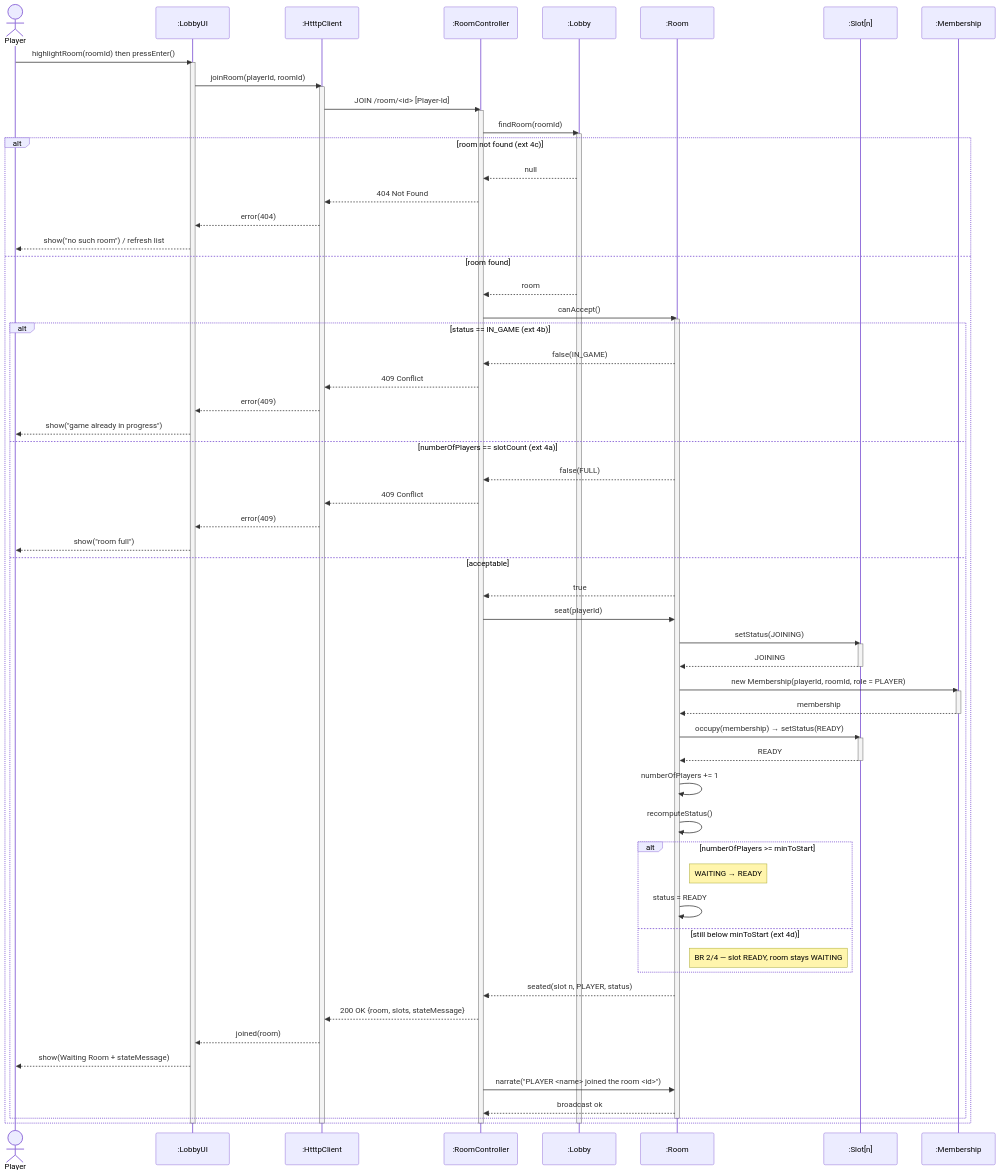
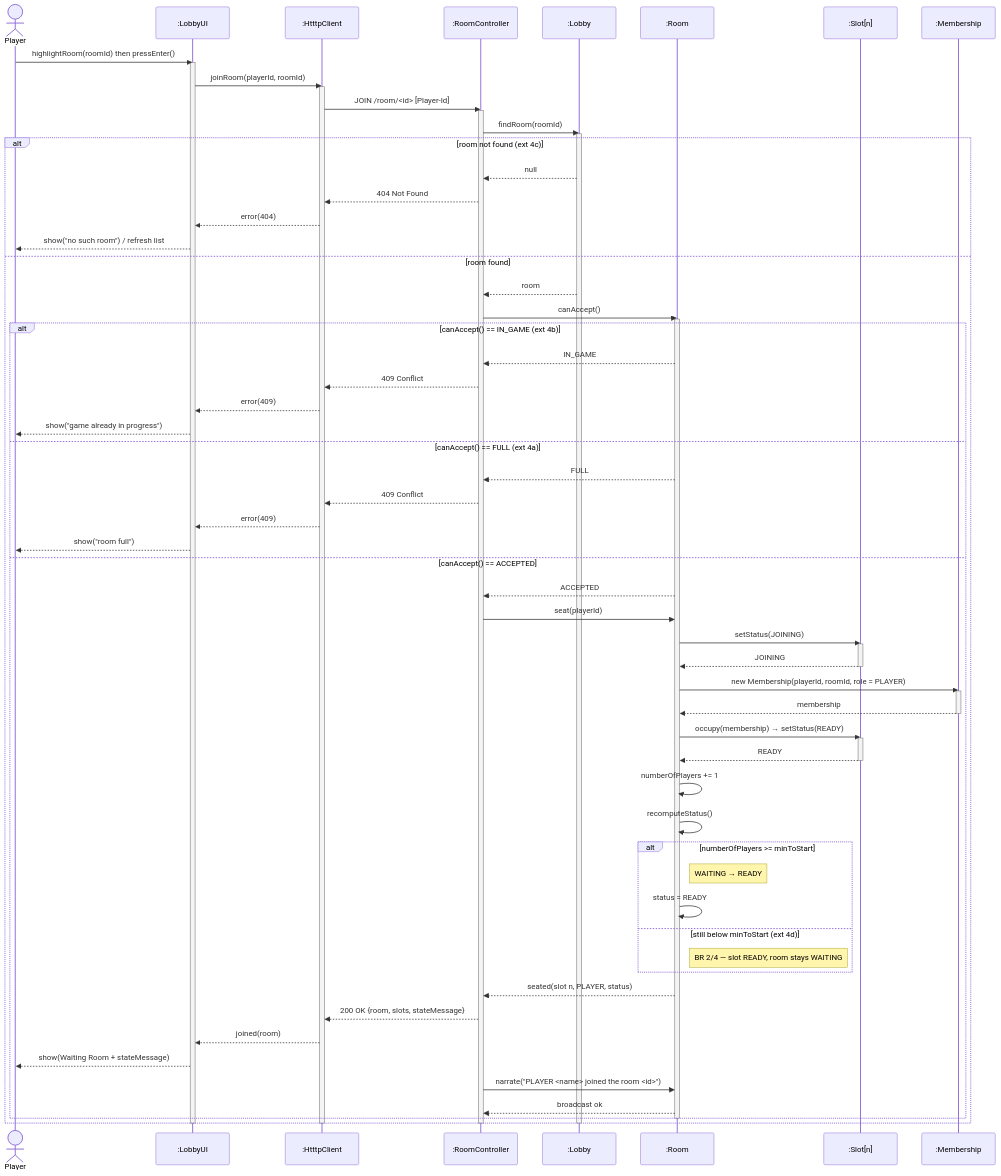
Diagram 16 of 21 in docs/diagrams/class_and_sequence_diagrams/cd_sd_uc01-uc09.md (ziqiqiiii/tetriSH), drawn with Mermaid before and after one commit. The commit also changed 2 other files, not shown here.

````diff
--- a/docs/diagrams/class_and_sequence_diagrams/cd_sd_uc01-uc09.md
+++ b/docs/diagrams/class_and_sequence_diagrams/cd_sd_uc01-uc09.md
@@ -1390,82 +1390,82 @@
 ```mermaid
 sequenceDiagram
     actor P as Player
     participant UI as :LobbyUI
     participant C as :HtttpClient
     participant RC as :RoomController
     participant L as :Lobby
     participant R as :Room
     participant Sn as :Slot[n]
     participant M as :Membership
 
     P->>UI: highlightRoom(roomId) then pressEnter()
     activate UI
     UI->>C: joinRoom(playerId, roomId)
     activate C
     C->>RC: JOIN /room/<id>  [Player-Id]
     activate RC
 
     RC->>L: findRoom(roomId)
     activate L
 
     alt room not found  (ext 4c)
         L-->>RC: null
         RC-->>C: 404 Not Found
         C-->>UI: error(404)
         UI-->>P: show("no such room") / refresh list
     else room found
         L-->>RC: room
         RC->>R: canAccept()
         activate R
 
-        alt status == IN_GAME  (ext 4b)
-            R-->>RC: false(IN_GAME)
+        alt canAccept() == IN_GAME  (ext 4b)
+            R-->>RC: IN_GAME
             RC-->>C: 409 Conflict
             C-->>UI: error(409)
             UI-->>P: show("game already in progress")
-        else numberOfPlayers == slotCount  (ext 4a)
-            R-->>RC: false(FULL)
+        else canAccept() == FULL  (ext 4a)
+            R-->>RC: FULL
             RC-->>C: 409 Conflict
             C-->>UI: error(409)
             UI-->>P: show("room full")
-        else acceptable
-            R-->>RC: true
+        else canAccept() == ACCEPTED
+            R-->>RC: ACCEPTED
             RC->>R: seat(playerId)
             R->>Sn: setStatus(JOINING)
             activate Sn
             Sn-->>R: JOINING
             deactivate Sn
             R->>M: new Membership(playerId, roomId, role = PLAYER)
             activate M
             M-->>R: membership
             deactivate M
             R->>Sn: occupy(membership) → setStatus(READY)
             activate Sn
             Sn-->>R: READY
             deactivate Sn
             R->>R: numberOfPlayers += 1
             R->>R: recomputeStatus()
 
             alt numberOfPlayers >= minToStart
                 note right of R: WAITING → READY
                 R->>R: status = READY
             else still below minToStart  (ext 4d)
                 note right of R: BR 2/4 — slot READY, room stays WAITING
             end
 
             R-->>RC: seated(slot n, PLAYER, status)
             RC-->>C: 200 OK {room, slots, stateMessage}
             C-->>UI: joined(room)
             UI-->>P: show(Waiting Room + stateMessage)
             RC->>R: narrate("PLAYER <name> joined the room <id>")
             R-->>RC: broadcast ok
         end
 
         deactivate R
     end
 
     deactivate L
     deactivate RC
     deactivate C
     deactivate UI
 ```
````
